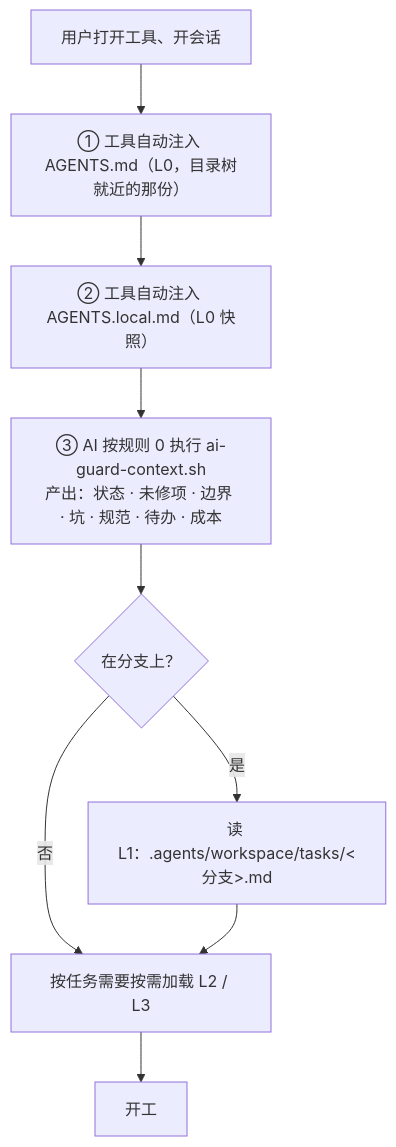
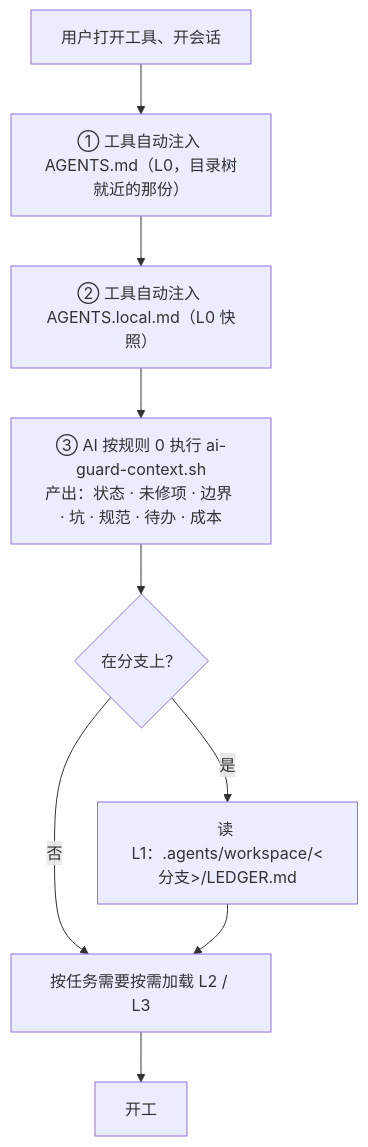
Before and after one commit to adaios/adaios: the third of 9 diagrams in .agents/rules/assets/ai-context-engineering.md, drawn with Mermaid. The commit also changed other lines of this file and 78 other files, not shown here.

````diff
--- a/.agents/rules/assets/ai-context-engineering.md
+++ b/.agents/rules/assets/ai-context-engineering.md
@@ -172,11 +172,11 @@
 ```mermaid
 flowchart TD
     S["用户打开工具、开会话"] --> A["① 工具自动注入 AGENTS.md（L0，目录树就近的那份）"]
     A --> B["② 工具自动注入 AGENTS.local.md（L0 快照）"]
     B --> C["③ AI 按规则 0 执行 ai-guard-context.sh<br/>产出：状态 · 未修项 · 边界 · 坑 · 规范 · 待办 · 成本"]
     C --> D{"在分支上？"}
-    D -->|是| E["读 L1：.agents/workspace/tasks/&lt;分支&gt;.md"]
+    D -->|是| E["读 L1：.agents/workspace/&lt;分支&gt;/LEDGER.md"]
     D -->|否| F["按任务需要按需加载 L2 / L3"]
     E --> F
     F --> G["开工"]
 ```
````
